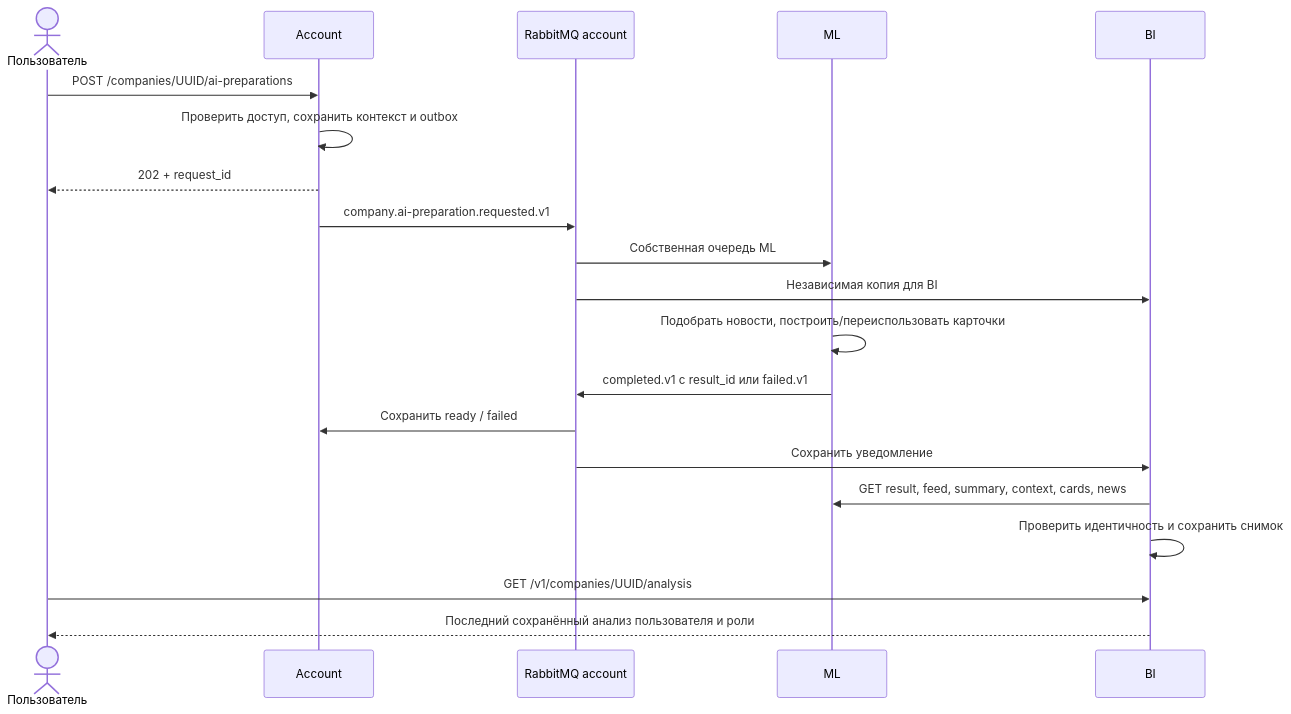
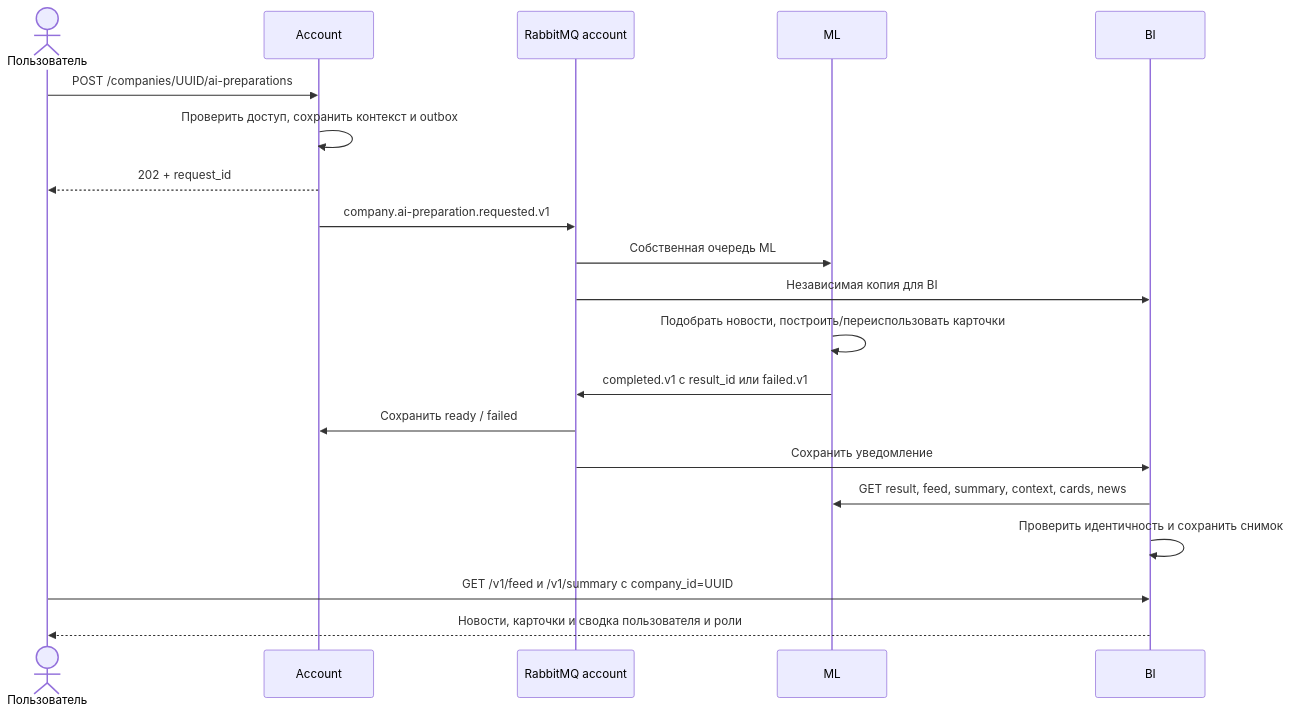
One commit to Alfa-future-hack-okoAI/Docs changed the second of 2 diagrams in docs/architecture.md. Above: the diagram before and after it, drawn with Mermaid. The commit also changed 13 other files, not shown here.

````diff
--- a/docs/architecture.md
+++ b/docs/architecture.md
@@ -42,22 +42,22 @@
 ```mermaid
 sequenceDiagram
     actor U as Пользователь
     participant A as Account
     participant Q as RabbitMQ account
     participant M as ML
     participant B as BI
     U->>A: POST /companies/UUID/ai-preparations
     A->>A: Проверить доступ, сохранить контекст и outbox
     A-->>U: 202 + request_id
     A->>Q: company.ai-preparation.requested.v1
     Q->>M: Собственная очередь ML
     Q->>B: Независимая копия для BI
     M->>M: Подобрать новости, построить/переиспользовать карточки
     M->>Q: completed.v1 с result_id или failed.v1
     Q->>A: Сохранить ready / failed
     Q->>B: Сохранить уведомление
     B->>M: GET result, feed, summary, context, cards, news
     B->>B: Проверить идентичность и сохранить снимок
-    U->>B: GET /v1/companies/UUID/analysis
-    B-->>U: Последний сохранённый анализ пользователя и роли
+    U->>B: GET /v1/feed и /v1/summary с company_id=UUID
+    B-->>U: Новости, карточки и сводка пользователя и роли
 ```
````
